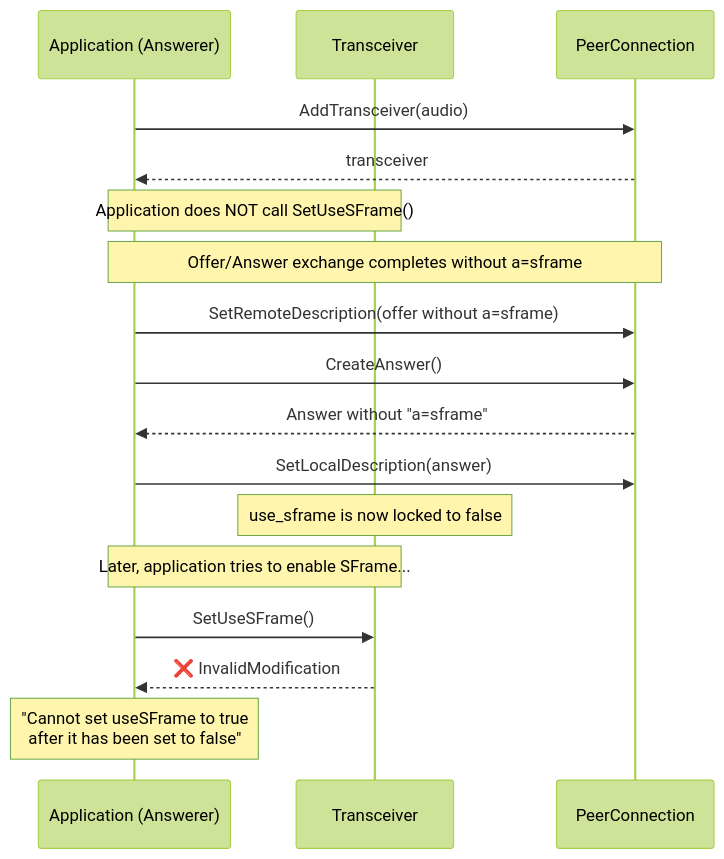
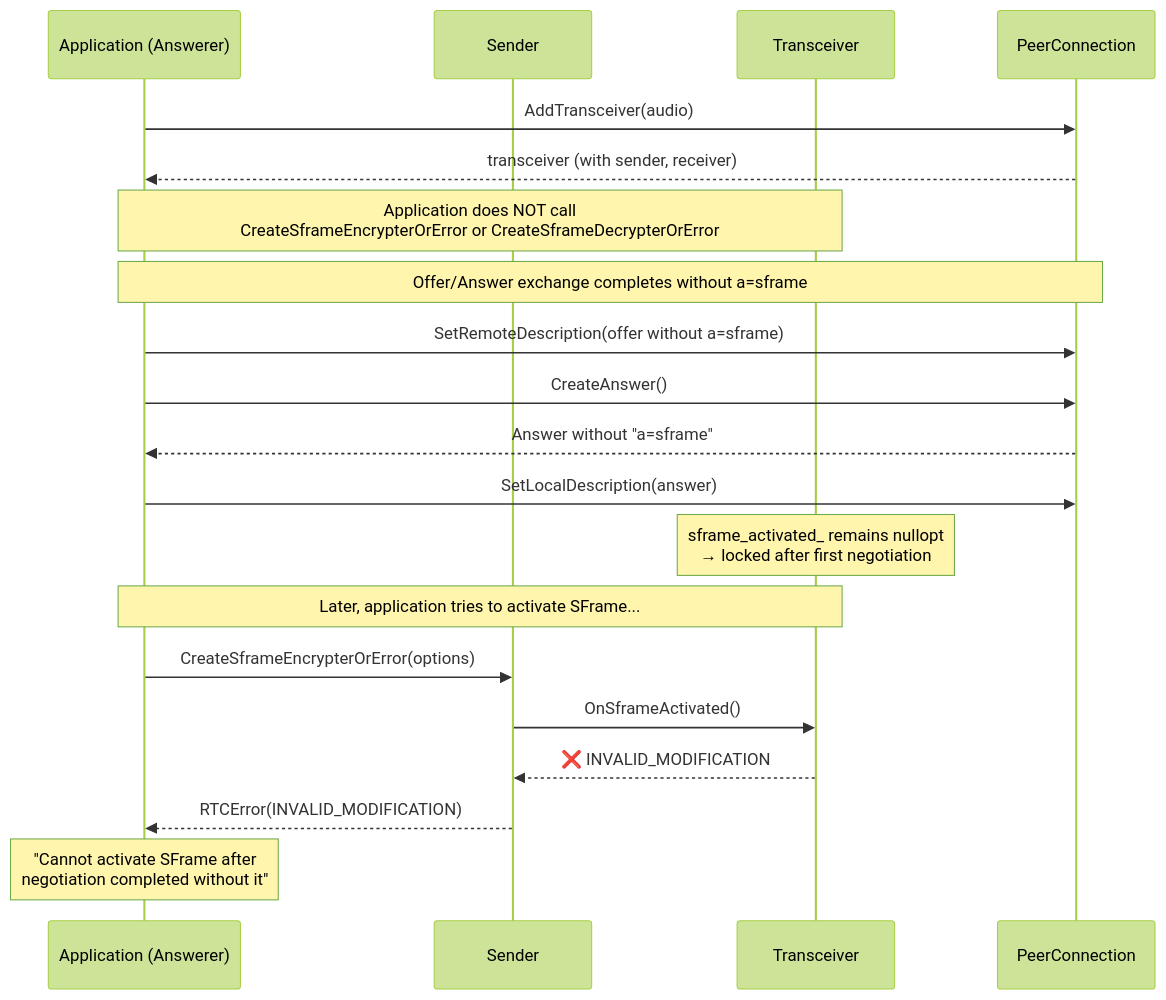
One commit to webex/webrtc-sframe changed the sixth of 6 diagrams in negotiation.md. Above: the diagram before and after it, drawn with Mermaid (forest theme). The commit also changed other lines of this file and 1 other file, not shown here.

````diff
--- a/negotiation.md
+++ b/negotiation.md
@@ -334,24 +356,27 @@
 ```mermaid
 sequenceDiagram
     participant App as Application (Answerer)
+    participant S as Sender
     participant T as Transceiver
     participant PC as PeerConnection
 
     App->>PC: AddTransceiver(audio)
-    PC-->>App: transceiver
-    Note over App,T: Application does NOT call SetUseSFrame()
+    PC-->>App: transceiver (with sender, receiver)
+    Note over App,T: Application does NOT call<br/>CreateSframeEncrypterOrError or CreateSframeDecrypterOrError
 
     Note over App,PC: Offer/Answer exchange completes without a=sframe
 
     App->>PC: SetRemoteDescription(offer without a=sframe)
     App->>PC: CreateAnswer()
     PC-->>App: Answer without "a=sframe"
     App->>PC: SetLocalDescription(answer)
-    Note over T: use_sframe is now locked to false
+    Note over T: sframe_activated_ remains nullopt<br/>→ locked after first negotiation
 
-    Note over App,T: Later, application tries to enable SFrame...
+    Note over App,T: Later, application tries to activate SFrame...
 
-    App->>T: SetUseSFrame()
-    T-->>App: ❌ InvalidModification
-    Note over App: "Cannot set useSFrame to true<br/>after it has been set to false"
+    App->>S: CreateSframeEncrypterOrError(options)
+    S->>T: OnSframeActivated()
+    T-->>S: ❌ INVALID_MODIFICATION
+    S-->>App: RTCError(INVALID_MODIFICATION)
+    Note over App: "Cannot activate SFrame after<br/>negotiation completed without it"
 ```
````
